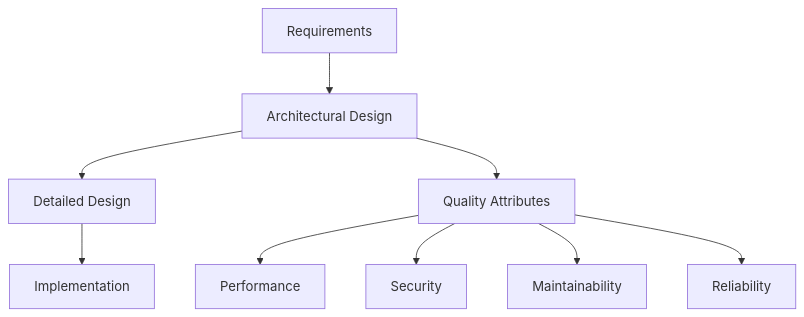
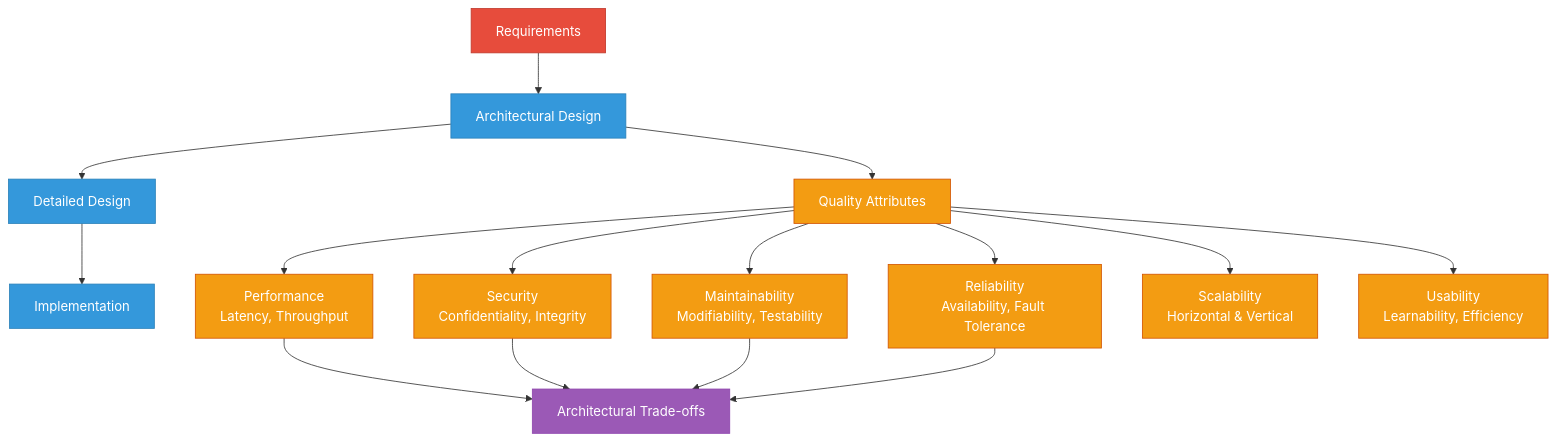
One commit to Raushan666java/ai-engineering-journey changed the first of 9 diagrams in docs/courses/software-engineering/04-architectural-design.md. Above: the diagram before and after it, drawn with Mermaid. The commit also changed other lines of this file and 15 other files, not shown here.

Commit message:
deploy: software-engineering overhaul - 16 chapters expanded to avg 1284L (+7649L), richer Mermaid, more TS, deeper content

````diff
--- a/docs/courses/software-engineering/04-architectural-design.md
+++ b/docs/courses/software-engineering/04-architectural-design.md
@@ -21,11 +24,26 @@
 ```mermaid
 graph TD
     REQ[Requirements] --> ARCH[Architectural Design]
     ARCH --> DET[Detailed Design]
     DET --> IMP[Implementation]
     ARCH --> QA[Quality Attributes]
-    QA --> PERF[Performance]
-    QA --> SEC[Security]
-    QA --> MAIN[Maintainability]
-    QA --> REL[Reliability]
+    QA --> PERF[Performance<br/>Latency, Throughput]
+    QA --> SEC[Security<br/>Confidentiality, Integrity]
+    QA --> MAIN[Maintainability<br/>Modifiability, Testability]
+    QA --> REL[Reliability<br/>Availability, Fault Tolerance]
+    QA --> SCA[Scalability<br/>Horizontal & Vertical]
+    QA --> USAB[Usability<br/>Learnability, Efficiency]
+    PERF --> TRADE[Architectural Trade-offs]
+    SEC --> TRADE
+    MAIN --> TRADE
+    REL --> TRADE
+
+    classDef req fill:#e74c3c,stroke:#c0392b,color:#fff
+    classDef design fill:#3498db,stroke:#2980b9,color:#fff
+    classDef qa fill:#f39c12,stroke:#d35400,color:#fff
+    classDef trade fill:#9b59b6,stroke:#8e44ad,color:#fff
+    class REQ req
+    class ARCH,DET,IMP design
+    class QA,PERF,SEC,MAIN,REL,SCA,USAB qa
+    class TRADE trade
 ```
````
